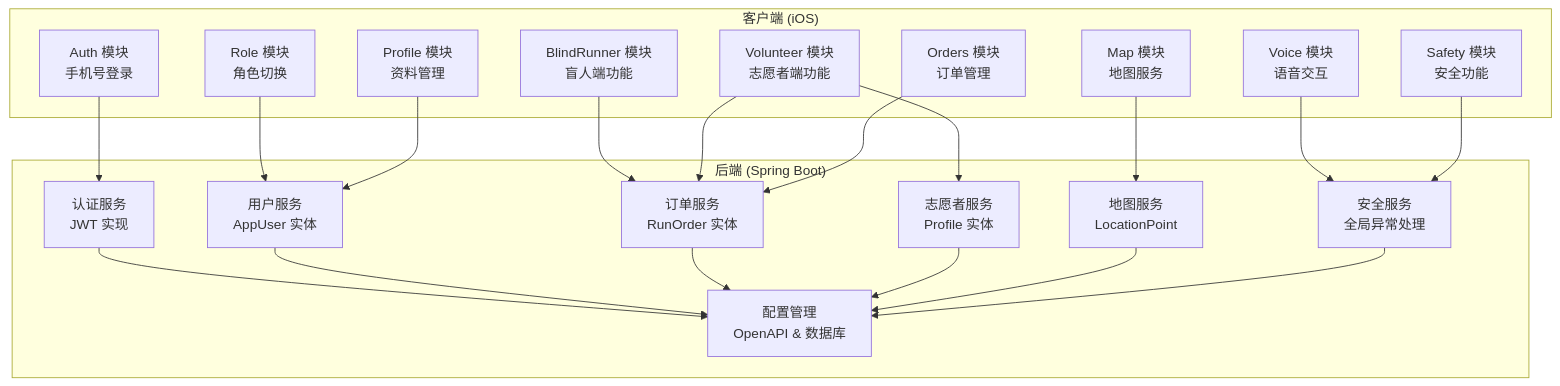
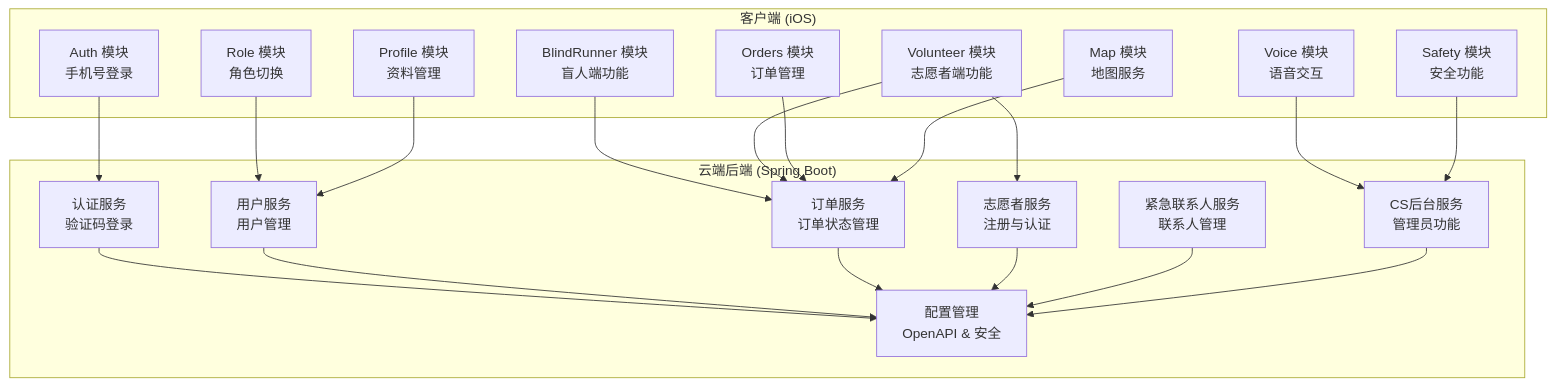
The first of 8 diagrams in .qoder/repowiki/zh/content/API 接口文档/API 接口文档.md (Jayden23018/blind-run-ios), drawn with Mermaid before and after one commit. The commit also changed other lines of this file and 23 other files, not shown here.

Commit message:
Implement MVP booking and volunteer flow updates

````diff
--- a/.qoder/repowiki/zh/content/API 接口文档/API 接口文档.md
+++ b/.qoder/repowiki/zh/content/API 接口文档/API 接口文档.md
@@ -74,39 +51,39 @@
 ```mermaid
 graph TB
 subgraph "客户端 (iOS)"
 A[Auth 模块<br/>手机号登录]
 B[Role 模块<br/>角色切换]
 C[BlindRunner 模块<br/>盲人端功能]
 D[Volunteer 模块<br/>志愿者端功能]
 E[Orders 模块<br/>订单管理]
 F[Map 模块<br/>地图服务]
 G[Voice 模块<br/>语音交互]
 H[Safety 模块<br/>安全功能]
 I[Profile 模块<br/>资料管理]
 end
-subgraph "后端 (Spring Boot)"
-J[认证服务<br/>JWT 实现]
-K[用户服务<br/>AppUser 实体]
-L[订单服务<br/>RunOrder 实体]
-M[志愿者服务<br/>Profile 实体]
-N[地图服务<br/>LocationPoint]
-O[安全服务<br/>全局异常处理]
-P[配置管理<br/>OpenAPI & 数据库]
+subgraph "云端后端 (Spring Boot)"
+J[认证服务<br/>验证码登录]
+K[用户服务<br/>用户管理]
+L[订单服务<br/>订单状态管理]
+M[志愿者服务<br/>注册与认证]
+N[紧急联系人服务<br/>联系人管理]
+O[CS后台服务<br/>管理员功能]
+P[配置管理<br/>OpenAPI & 安全]
 end
 A --> J
 B --> K
 C --> L
 D --> L
 D --> M
 E --> L
-F --> N
+F --> L
 G --> O
 H --> O
 I --> K
 J --> P
 K --> P
 L --> P
 M --> P
 N --> P
 O --> P
 ```
````
